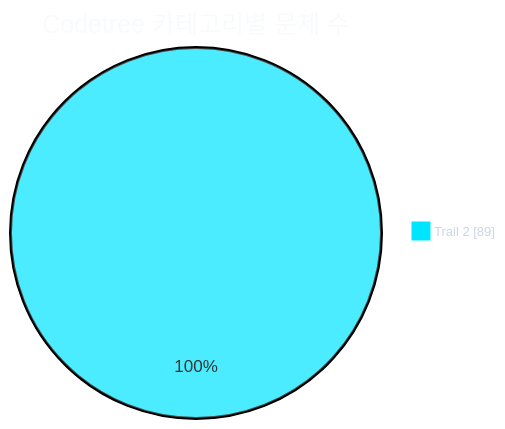
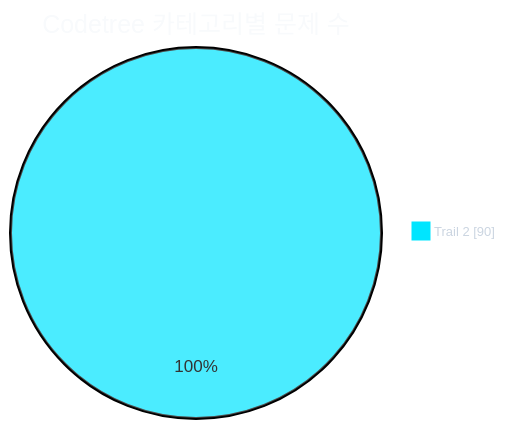
One commit to CHOOSLA/Algorithm changed the first of 2 diagrams in readme.md. Above: the diagram before and after it, drawn with Mermaid. The commit also changed other lines of this file and 2 other files, not shown here.

````diff
--- a/readme.md
+++ b/readme.md
@@ -31,21 +31,21 @@
 ```mermaid
 ---
 config:
   theme: base
   themeVariables:
     background: '#0d1117'
     pieTitleTextColor: '#f8fafc'
     pieLegendTextColor: '#cbd5e1'
     pieLegendTextSize: '13px'
     pie1: '#00e5ff'
     pie2: '#22c55e'
     pie3: '#f59e0b'
     pie4: '#a855f7'
     pie5: '#ec4899'
     pie6: '#3b82f6'
     pie7: '#64748b'
 ---
 pie showData
   title Codetree 카테고리별 문제 수
-  "Trail 2" : 89
+  "Trail 2" : 90
 ```
````
